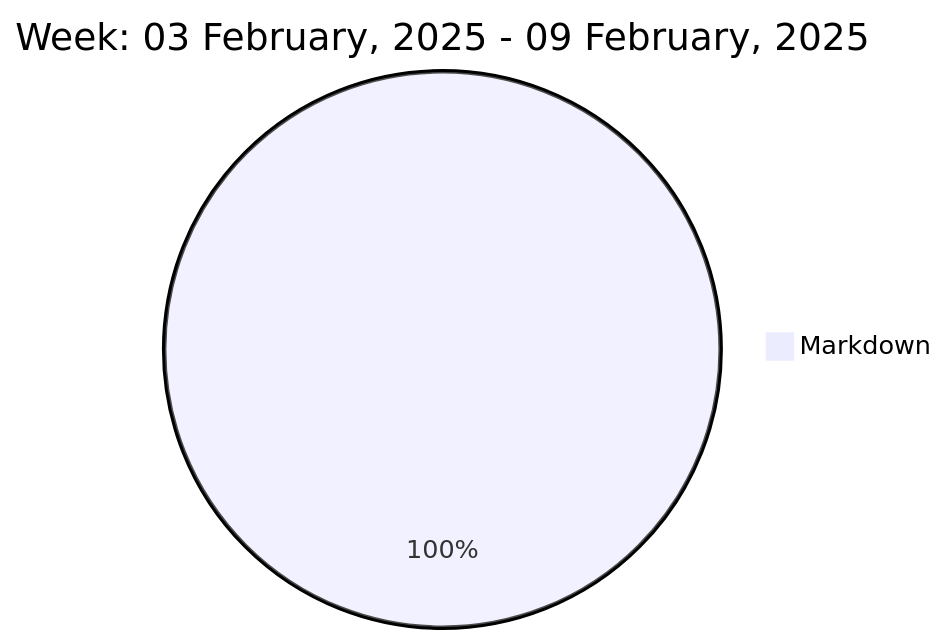
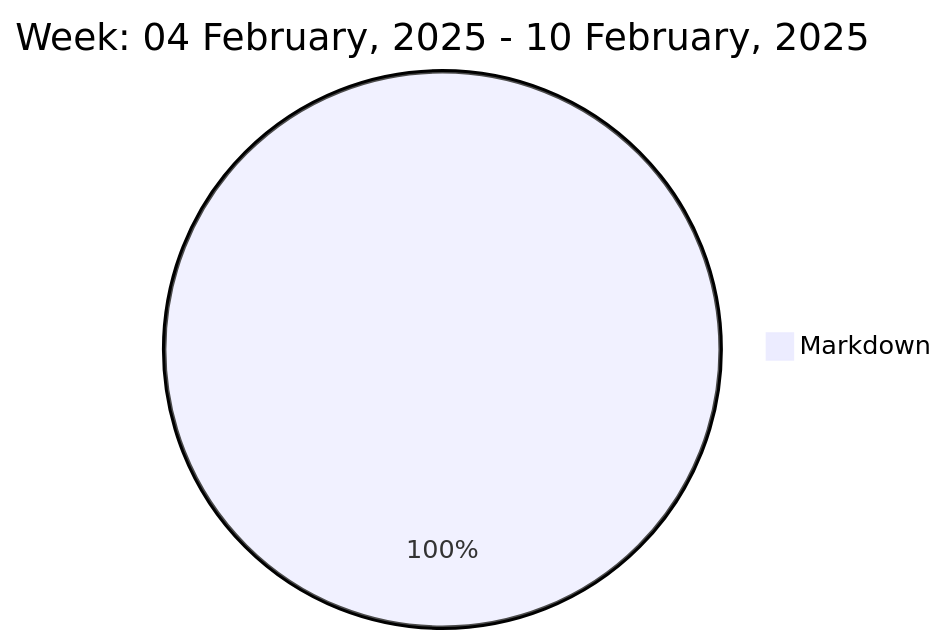
Before and after one commit to liubin95/liubin95: the diagram in README.md, drawn with Mermaid.

Commit message:
Updated the Graph with new Metrics

````diff
--- a/README.md
+++ b/README.md
@@ -37,5 +37,5 @@
 ```mermaid
  pie
-title Week: 03 February, 2025 - 09 February, 2025
+title Week: 04 February, 2025 - 10 February, 2025
  "Markdown" : 3.02
 ```
````
